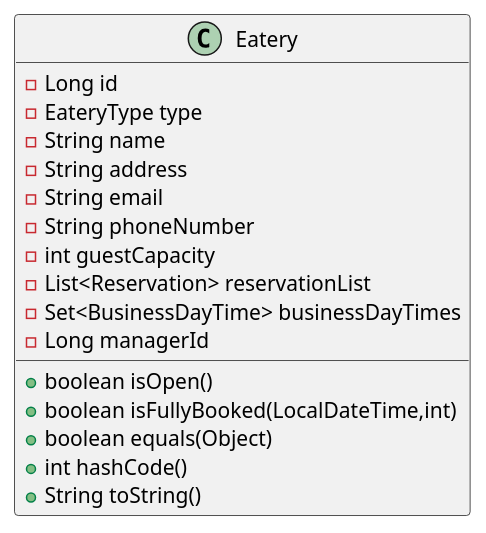
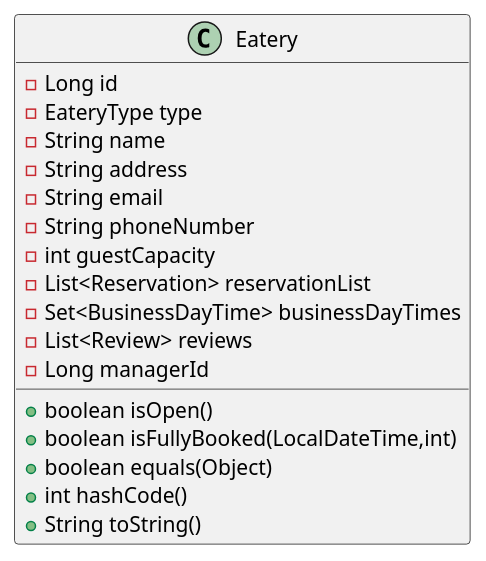
Before and after one commit to kyklospi/eatery: the diagram in diagram/eatery.puml, drawn with PlantUML. The commit also changed 34 other files, not shown here.

```diff
--- a/diagram/eatery.puml
+++ b/diagram/eatery.puml
@@ -1,19 +1,20 @@
 @startuml
 class Eatery {
 - Long id
 - EateryType type
 - String name
 - String address
 - String email
 - String phoneNumber
 - int guestCapacity
 - List<Reservation> reservationList
 - Set<BusinessDayTime> businessDayTimes
+- List<Review> reviews
 - Long managerId
 + boolean isOpen()
 + boolean isFullyBooked(LocalDateTime,int)
 + boolean equals(Object)
 + int hashCode()
 + String toString()
 }
 @enduml
```
